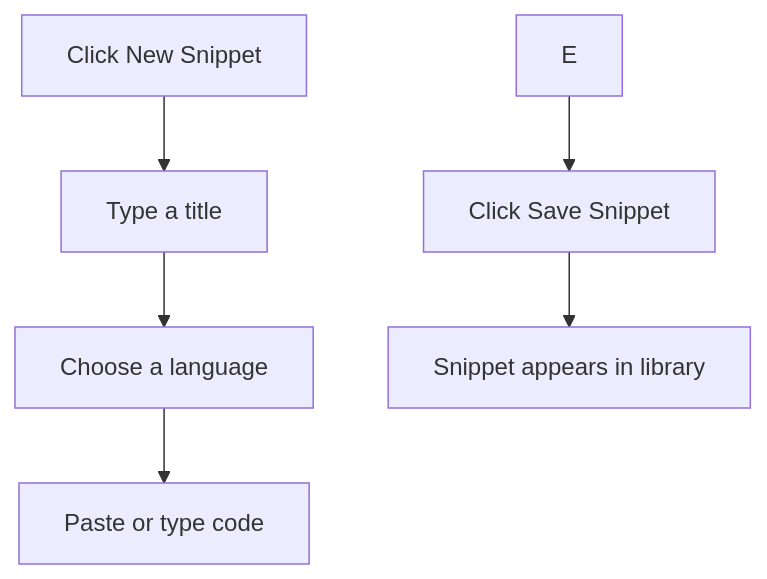
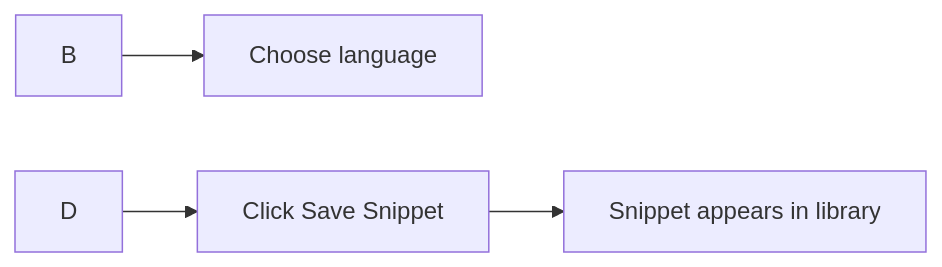
One commit to Mohita111/API2 changed the diagram in api2-documentation/plan_2026-11-02_f8890e/user-facing-docs/your-first-snippet-quick-start.md. Above: the diagram before and after it, drawn with Mermaid. The commit also changed other lines of this file and 13 other files, not shown here.

````diff
--- a/api2-documentation/plan_2026-11-02_f8890e/user-facing-docs/your-first-snippet-quick-start.md
+++ b/api2-documentation/plan_2026-11-02_f8890e/user-facing-docs/your-first-snippet-quick-start.md
@@ -13,8 +9,6 @@
 ```mermaid
-graph TD
-    A[Click New Snippet] --> B[Type a title]
-    B --> C[Choose a language]
-    C --> D[Paste or type code]
-    E --> F[Click Save Snippet]
-    F --> G[Snippet appears in library]
+graph LR
+  B --> C[Choose language]
+  D --> E[Click Save Snippet]
+  E --> F[Snippet appears in library]
 ```
````
